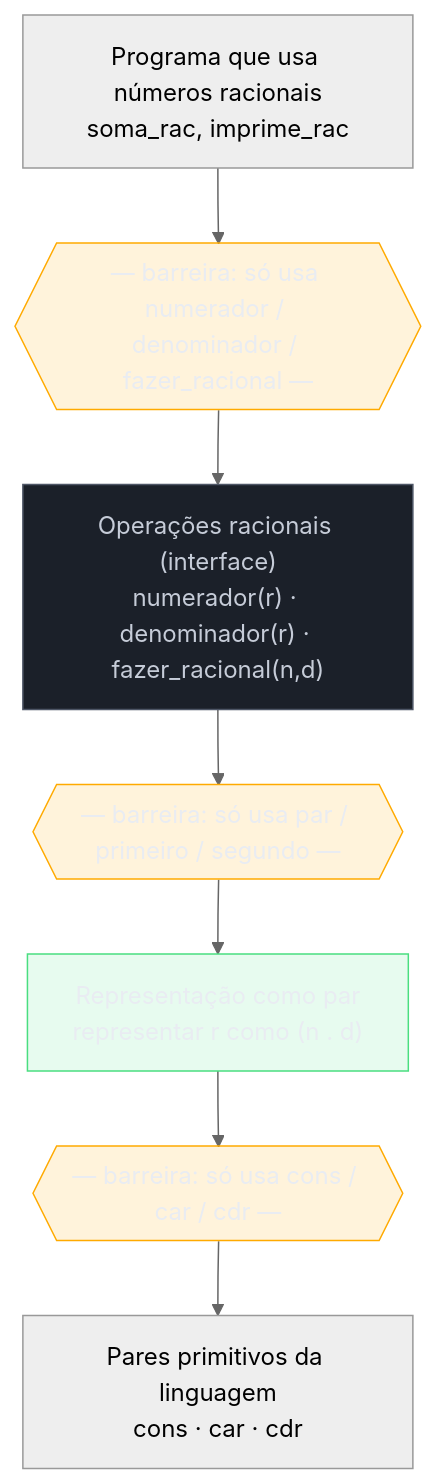
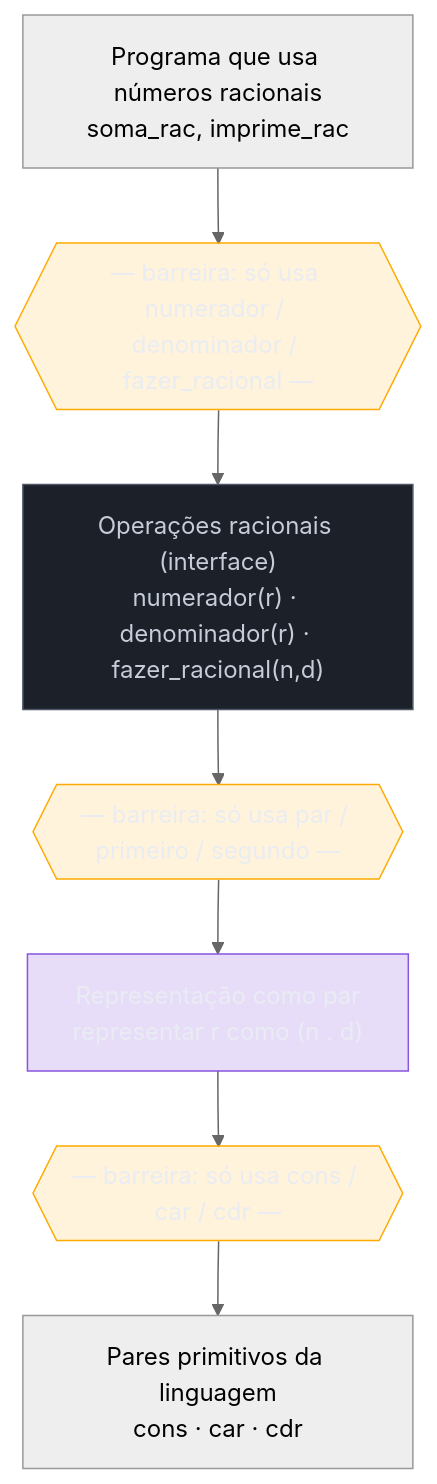
The third of 4 diagrams in 03-Dominios/Engenharia/Complexidade de Software/05 - Abstração - a ferramenta central.md (josenaldo/codex-technomanticus), drawn with Mermaid (neutral theme) before and after one commit. The commit also changed other lines of this file and 601 other files, not shown here.

````diff
--- a/03-Dominios/Engenharia/Complexidade de Software/05 - Abstração - a ferramenta central.md
+++ b/03-Dominios/Engenharia/Complexidade de Software/05 - Abstração - a ferramenta central.md
@@ -249,19 +249,19 @@
 ```mermaid
 flowchart TB
+    classDef marca fill:#8855DF33,stroke:#8855DF,color:#E9ECF2
     classDef destaque fill:#FFAA0024,stroke:#FFAA00,color:#E9ECF2
     classDef neutro fill:#1B2029,stroke:#4E5666,color:#C6CCD8
-    classDef ok fill:#4ADE8021,stroke:#4ADE80,color:#E9ECF2
     U["Programa que usa números racionais\nsoma_rac, imprime_rac"]
     B1{{"— barreira: só usa numerador / denominador / fazer_racional —"}}
     S["Operações racionais (interface)\nnumerador(r) · denominador(r) · fazer_racional(n,d)"]
     B2{{"— barreira: só usa par / primeiro / segundo —"}}
     P["Representação como par\nrepresentar r como (n . d)"]
     B3{{"— barreira: só usa cons / car / cdr —"}}
     H["Pares primitivos da linguagem\ncons · car · cdr"]
     U --> B1 --> S --> B2 --> P --> B3 --> H
     class B1 destaque
     class B2 destaque
     class B3 destaque
     class S neutro
-    class P ok
+    class P marca
 ```
````
